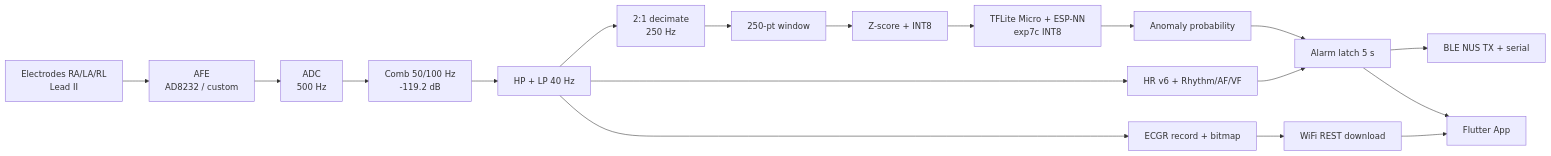
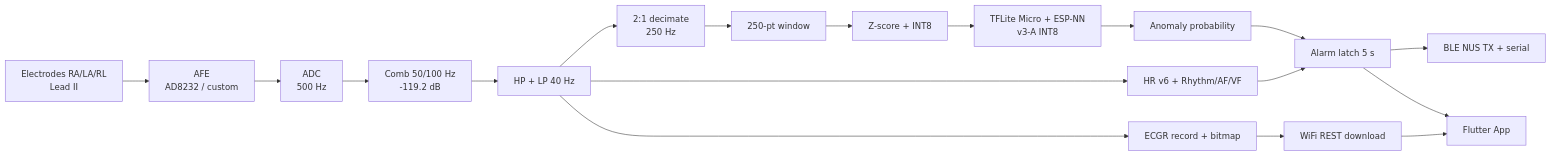
Before and after one commit to stevenson2/ecg-programme-tju-flex.electron: the diagram in README.en.md, drawn with Mermaid. The commit also changed other lines of this file and 28 other files, not shown here.

````diff
--- a/README.en.md
+++ b/README.en.md
@@ -50,20 +50,20 @@
 ```mermaid
 flowchart LR
     A[Electrodes RA/LA/RL<br/>Lead II] --> B[AFE<br/>AD8232 / custom]
     B --> C[ADC<br/>500 Hz]
     C --> D[Comb 50/100 Hz<br/>-119.2 dB]
     D --> E[HP + LP 40 Hz]
     E --> F[HR v6 + Rhythm/AF/VF]
     E --> G[2:1 decimate<br/>250 Hz]
     G --> H[250-pt window]
     H --> I[Z-score + INT8]
-    I --> J[TFLite Micro + ESP-NN<br/>exp7c INT8]
+    I --> J[TFLite Micro + ESP-NN<br/>v3-A INT8]
     J --> K[Anomaly probability]
     K --> L[Alarm latch 5 s]
     E --> M[ECGR record + bitmap]
     F --> L
     L --> N[BLE NUS TX + serial]
     M --> O[WiFi REST download]
     L --> P[Flutter App]
     O --> P
 ```
````
